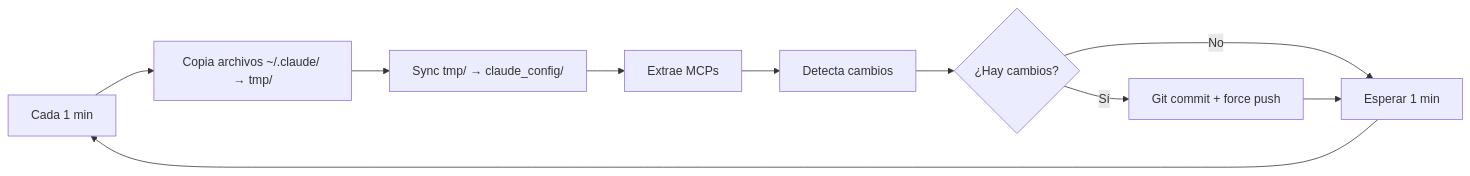
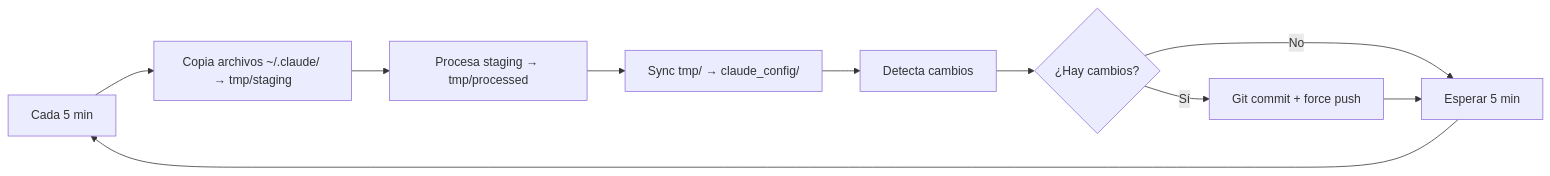
One commit to mihailmariusiondev/claude-code-config changed the diagram in README.md. Above: the diagram before and after it, drawn with Mermaid. The commit also changed other lines of this file and 2 other files, not shown here.

Commit message:
auto-sync 2025-08-20 23:08:22

````diff
--- a/README.md
+++ b/README.md
@@ -97,12 +97,12 @@
 ```mermaid
 graph LR
-    A[Cada 1 min] --> B[Copia archivos ~/.claude/ → tmp/]
-    B --> C[Sync tmp/ → claude_config/]
-    C --> D[Extrae MCPs]
+    A[Cada 5 min] --> B[Copia archivos ~/.claude/ → tmp/staging]
+    B --> C[Procesa staging → tmp/processed]
+    C --> D[Sync tmp/ → claude_config/]
     D --> E[Detecta cambios]
     E --> F{¿Hay cambios?}
     F -->|Sí| G[Git commit + force push]
-    F -->|No| H[Esperar 1 min]
+    F -->|No| H[Esperar 5 min]
     G --> H
     H --> A
 ```
````
